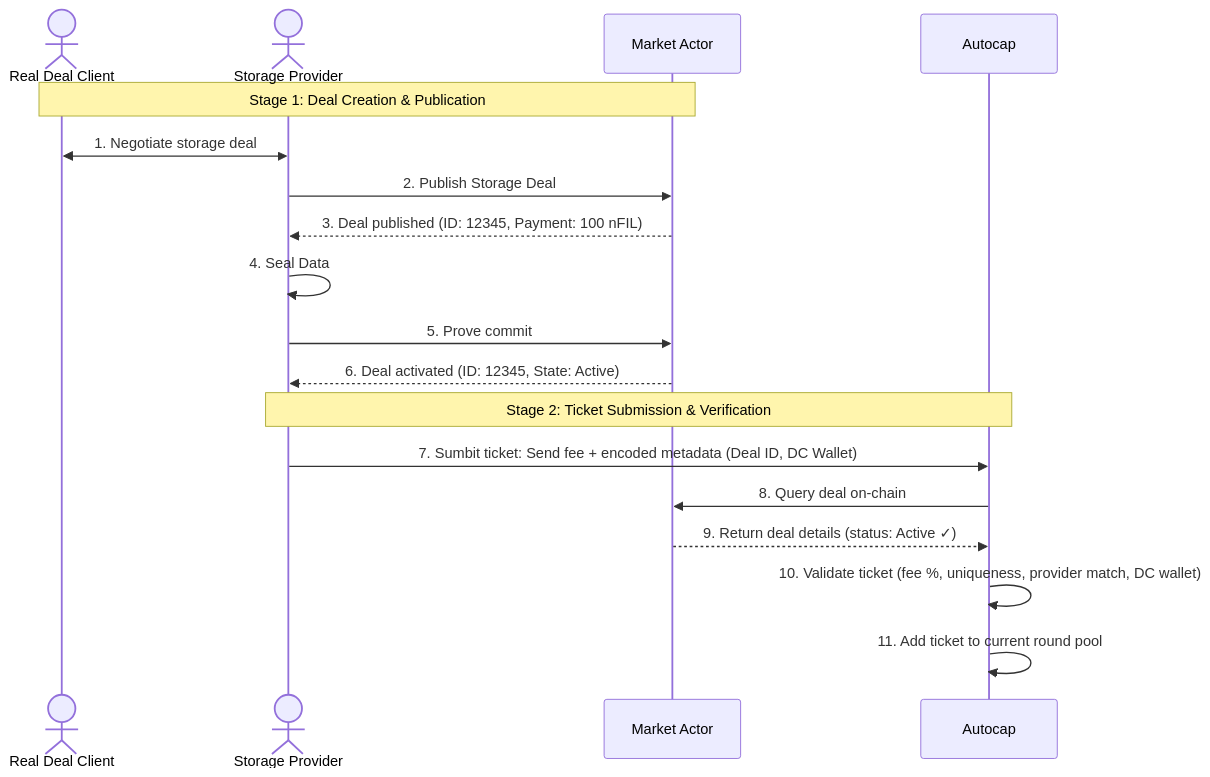
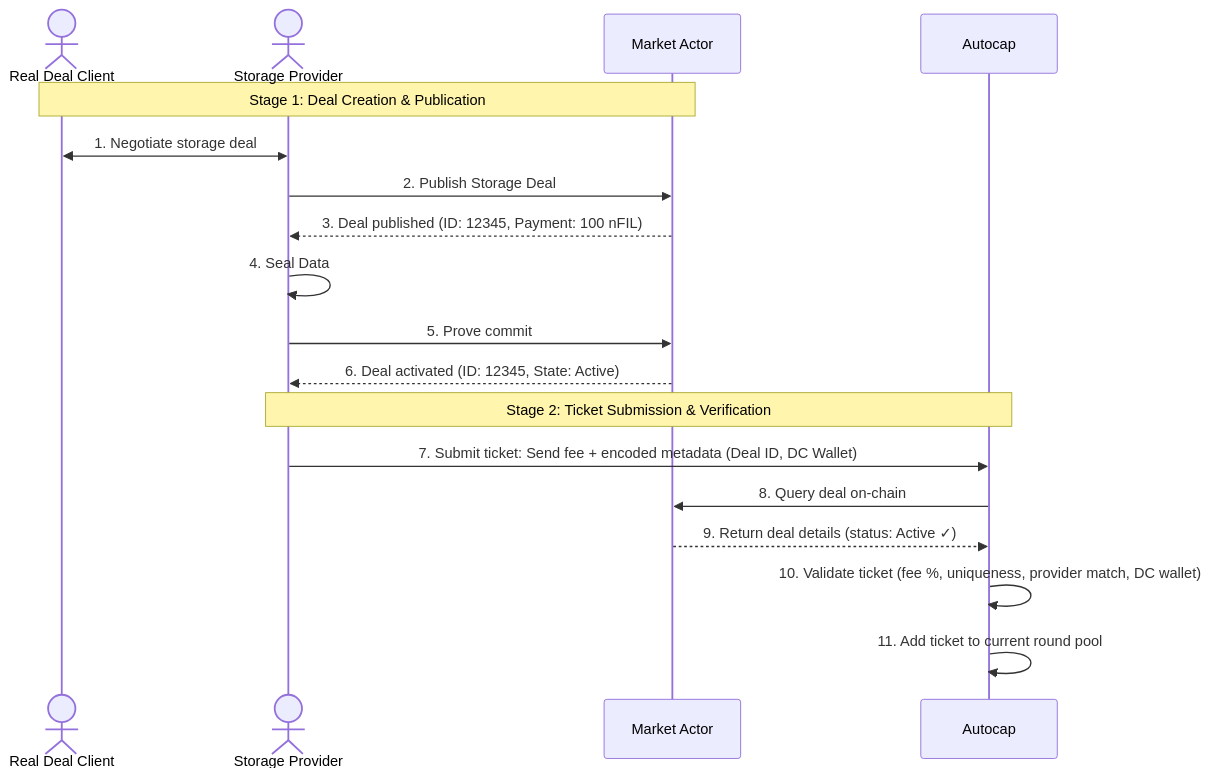
One commit to CELtd/filplus-autocap changed the first of 2 diagrams in docs/SCHEME.md. Above: the diagram before and after it, drawn with Mermaid.

````diff
--- a/docs/SCHEME.md
+++ b/docs/SCHEME.md
@@ -44,22 +44,22 @@
 ```mermaid
 sequenceDiagram
   actor Client as Real Deal Client
   actor SP as Storage Provider
   participant Market as Market Actor
   participant Autocap as Autocap
   Note over Client, Market: Stage 1: Deal Creation & Publication
 
   Client <<->> SP: 1. Negotiate storage deal
   SP ->> Market: 2. Publish Storage Deal
   Market -->> SP: 3. Deal published (ID: 12345, Payment: 100 nFIL)
   SP ->> SP: 4. Seal Data
   SP ->> Market: 5. Prove commit
   Market -->> SP: 6. Deal activated (ID: 12345, State: Active)
 
   Note over SP, Autocap: Stage 2: Ticket Submission & Verification
-  SP ->> Autocap: 7. Sumbit ticket: Send fee + encoded metadata (Deal ID, DC Wallet)
+  SP ->> Autocap: 7. Submit ticket: Send fee + encoded metadata (Deal ID, DC Wallet)
   Autocap ->> Market: 8. Query deal on-chain
   Market -->> Autocap: 9. Return deal details (status: Active ✓)
   Autocap ->> Autocap: 10. Validate ticket (fee %, uniqueness, provider match, DC wallet)
   Autocap ->> Autocap: 11. Add ticket to current round pool
 ```
````
